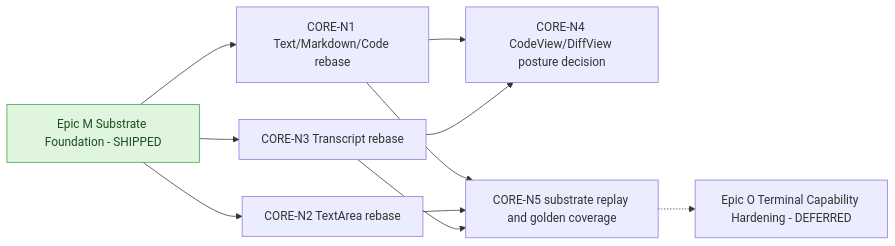
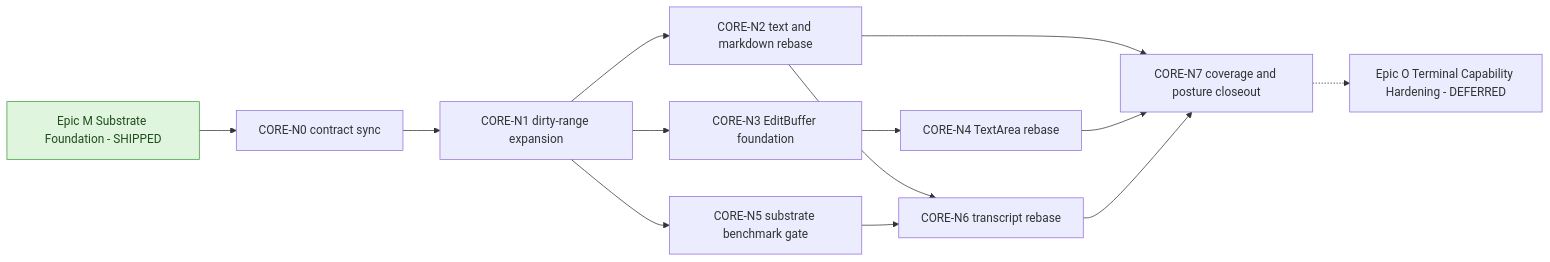
One commit to openkraken-ai/kraken-tui changed the diagram in docs/Tasks.md. Above: the diagram before and after it, drawn with Mermaid. The commit also changed other lines of this file and 26 other files, not shown here.

First line of the commit message:
Complete Epic N substrate surface rebase (#36)

````diff
--- a/docs/Tasks.md
+++ b/docs/Tasks.md
@@ -45,15 +47,18 @@
 ```mermaid
 flowchart LR
     M[Epic M Substrate Foundation - SHIPPED]:::done
-    M --> N1[CORE-N1 Text/Markdown/Code rebase]
-    M --> N2[CORE-N2 TextArea rebase]
-    M --> N3[CORE-N3 Transcript rebase]
-    N1 --> N4[CORE-N4 CodeView/DiffView posture decision]
-    N3 --> N4
-    N1 --> N5[CORE-N5 substrate replay and golden coverage]
-    N2 --> N5
-    N3 --> N5
+    M --> N0[CORE-N0 contract sync]
+    N0 --> N1[CORE-N1 dirty-range expansion]
+    N1 --> N2[CORE-N2 text and markdown rebase]
+    N1 --> N3[CORE-N3 EditBuffer foundation]
+    N3 --> N4[CORE-N4 TextArea rebase]
+    N1 --> N5[CORE-N5 substrate benchmark gate]
+    N2 --> N6[CORE-N6 transcript rebase]
+    N5 --> N6
+    N2 --> N7[CORE-N7 coverage and posture closeout]
+    N4 --> N7
+    N6 --> N7
     O[Epic O Terminal Capability Hardening - DEFERRED]
-    N5 -.-> O
+    N7 -.-> O
     classDef done fill:#dff5dd,stroke:#3f9d3f,color:#1f4d1f;
 ```
````
